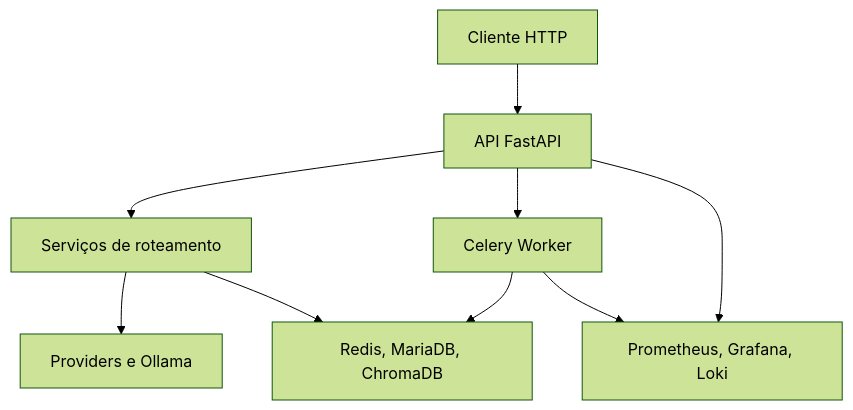
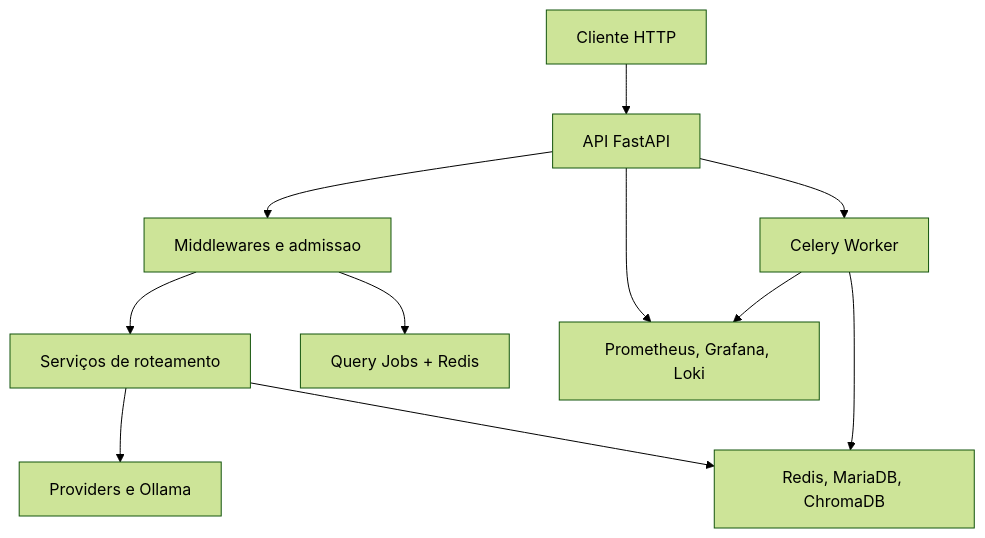
The fifth of 10 diagrams in docs/ARCHITECTURE.md (jeffersonduartebr/iag_forall), drawn with Mermaid (forest theme) before and after one commit. The commit also changed other lines of this file and 3 other files, not shown here.

First line of the commit message:
docs: refresh diagrams for async query flow and new response contract

````diff
--- a/docs/ARCHITECTURE.md
+++ b/docs/ARCHITECTURE.md
@@ -84,17 +84,21 @@
 ```mermaid
 flowchart TD
     A[Cliente HTTP]
     B[API FastAPI]
-    C[Serviços de roteamento]
-    D[Providers e Ollama]
+    C[Middlewares e admissao]
+    D[Serviços de roteamento]
+    J[Query Jobs + Redis]
+    P[Providers e Ollama]
     E[Redis, MariaDB, ChromaDB]
     F[Celery Worker]
     G[Prometheus, Grafana, Loki]
 
     A --> B --> C --> D
-    C --> E
+    C --> J
+    D --> P
+    D --> E
     B --> F
     F --> E
     B --> G
     F --> G
 ```
````
